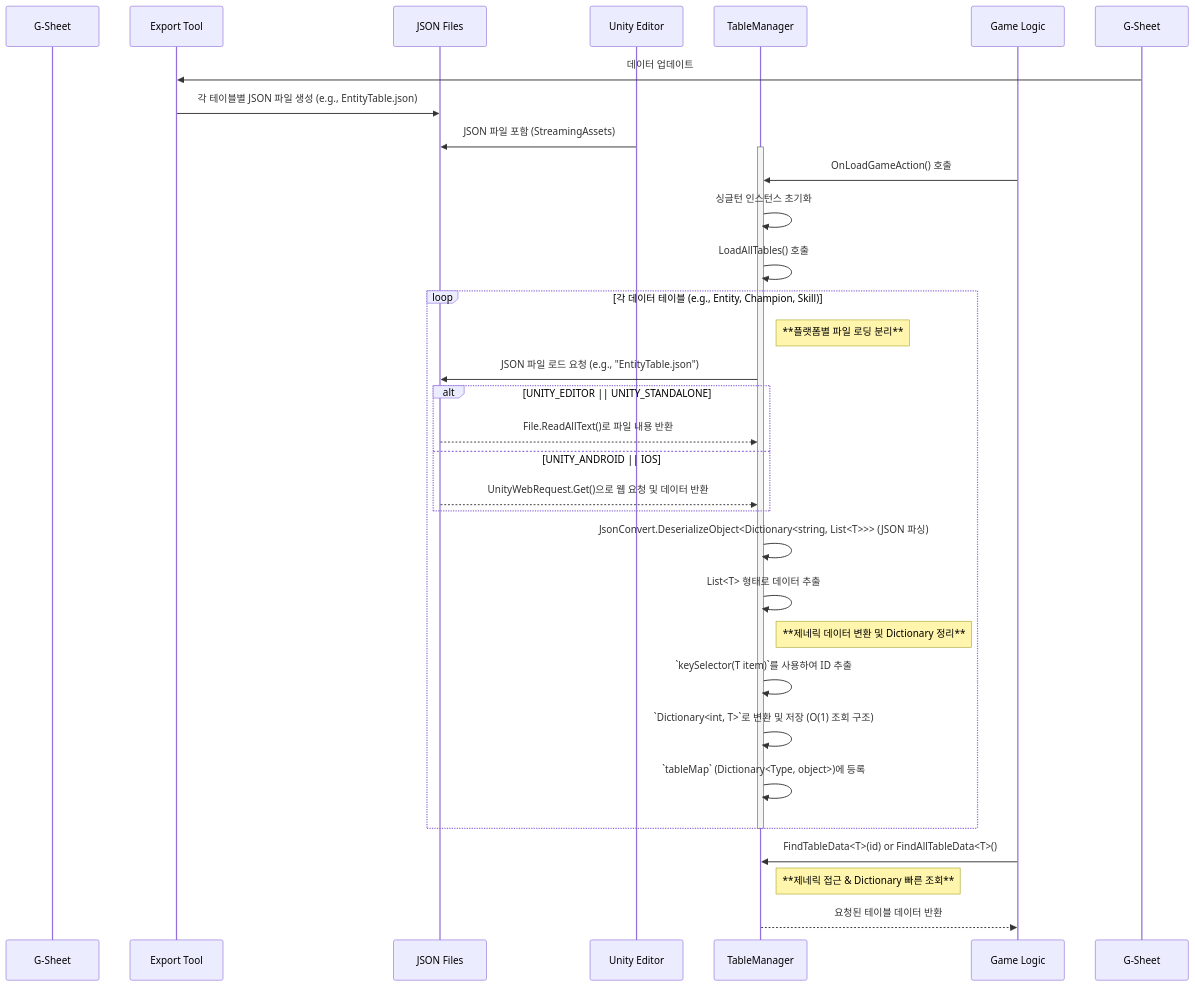
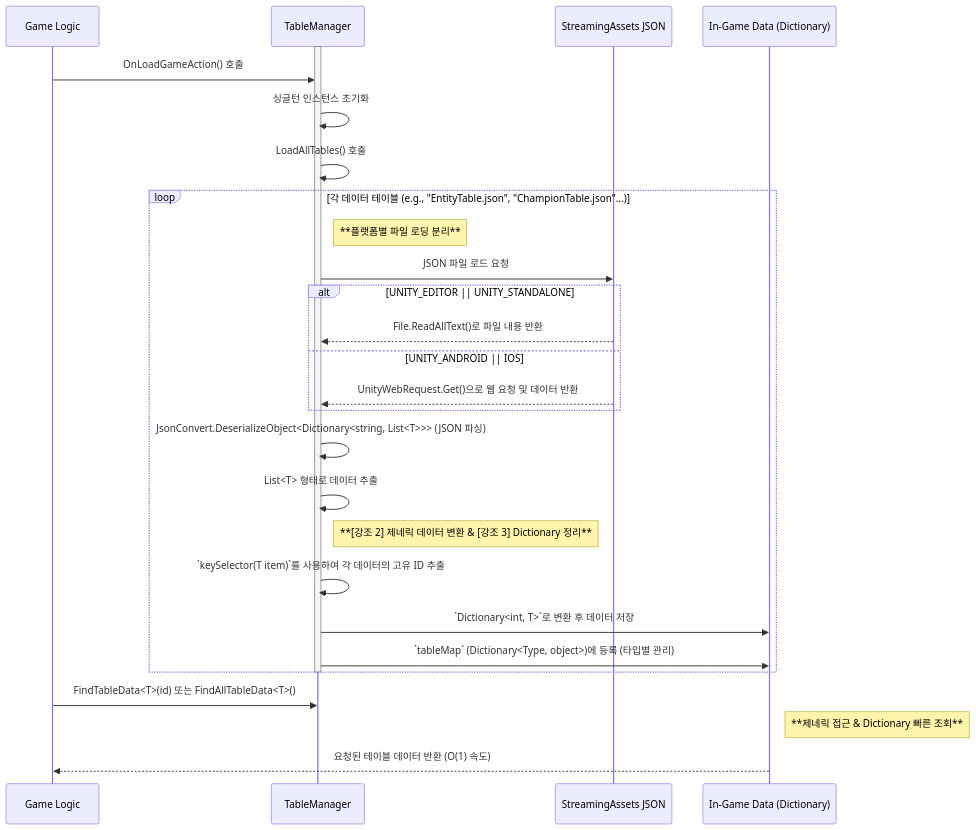
One commit to Kyuarez/team3Moba changed the diagram in README.md. Above: the diagram before and after it, drawn with Mermaid.

````diff
--- a/README.md
+++ b/README.md
@@ -29,42 +29,35 @@
 ```mermaid
 sequenceDiagram
-    participant GoogleSpreadsheet as G-Sheet
-    participant ExporterTool as Export Tool
-    participant LocalJSON as JSON Files
-    participant UnityEditor as Unity Editor
+    participant GameLogic as Game Logic
     participant TableManager as TableManager
-    participant GameLogic as Game Logic
-
-    G-Sheet->>ExporterTool: 데이터 업데이트
-    ExporterTool->>LocalJSON: 각 테이블별 JSON 파일 생성 (e.g., EntityTable.json)
-    UnityEditor->>LocalJSON: JSON 파일 포함 (StreamingAssets)
+    participant StreamingAssets as StreamingAssets JSON
+    participant InGameData as In-Game Data (Dictionary)
 
     activate TableManager
     GameLogic->>TableManager: OnLoadGameAction() 호출
     TableManager->>TableManager: 싱글턴 인스턴스 초기화
     TableManager->>TableManager: LoadAllTables() 호출
 
-    loop 각 데이터 테이블 (e.g., Entity, Champion, Skill)
+    loop 각 데이터 테이블 (e.g., "EntityTable.json", "ChampionTable.json"...)
         Note right of TableManager: **플랫폼별 파일 로딩 분리**
-        TableManager->>LocalJSON: JSON 파일 로드 요청 (e.g., "EntityTable.json")
+        TableManager->>StreamingAssets: JSON 파일 로드 요청
         alt UNITY_EDITOR || UNITY_STANDALONE
-            LocalJSON-->>TableManager: File.ReadAllText()로 파일 내용 반환
+            StreamingAssets-->>TableManager: File.ReadAllText()로 파일 내용 반환
         else UNITY_ANDROID || IOS
-            LocalJSON-->>TableManager: UnityWebRequest.Get()으로 웹 요청 및 데이터 반환
+            StreamingAssets-->>TableManager: UnityWebRequest.Get()으로 웹 요청 및 데이터 반환
         end
 
         TableManager->>TableManager: JsonConvert.DeserializeObject<Dictionary<string, List<T>>> (JSON 파싱)
         TableManager->>TableManager: List<T> 형태로 데이터 추출
 
-        Note right of TableManager: **제네릭 데이터 변환 및 Dictionary 정리**
-        TableManager->>TableManager: `keySelector(T item)`를 사용하여 ID 추출
-        TableManager->>TableManager: `Dictionary<int, T>`로 변환 및 저장 (O(1) 조회 구조)
-        TableManager->>TableManager: `tableMap` (Dictionary<Type, object>)에 등록
-
+        Note right of TableManager: **[강조 2] 제네릭 데이터 변환 & [강조 3] Dictionary 정리**
+        TableManager->>TableManager: `keySelector(T item)`를 사용하여 각 데이터의 고유 ID 추출
+        TableManager->>InGameData: `Dictionary<int, T>`로 변환 후 데이터 저장
+        TableManager->>InGameData: `tableMap` (Dictionary<Type, object>)에 등록 (타입별 관리)
     end
     deactivate TableManager
 
-    GameLogic->>TableManager: FindTableData<T>(id) or FindAllTableData<T>()
-    Note right of TableManager: **제네릭 접근 & Dictionary 빠른 조회**
-    TableManager-->>GameLogic: 요청된 테이블 데이터 반환
+    GameLogic->>TableManager: FindTableData<T>(id) 또는 FindAllTableData<T>()
+    Note right of InGameData: **제네릭 접근 & Dictionary 빠른 조회**
+    InGameData-->>GameLogic: 요청된 테이블 데이터 반환 (O(1) 속도)
 ```
````
